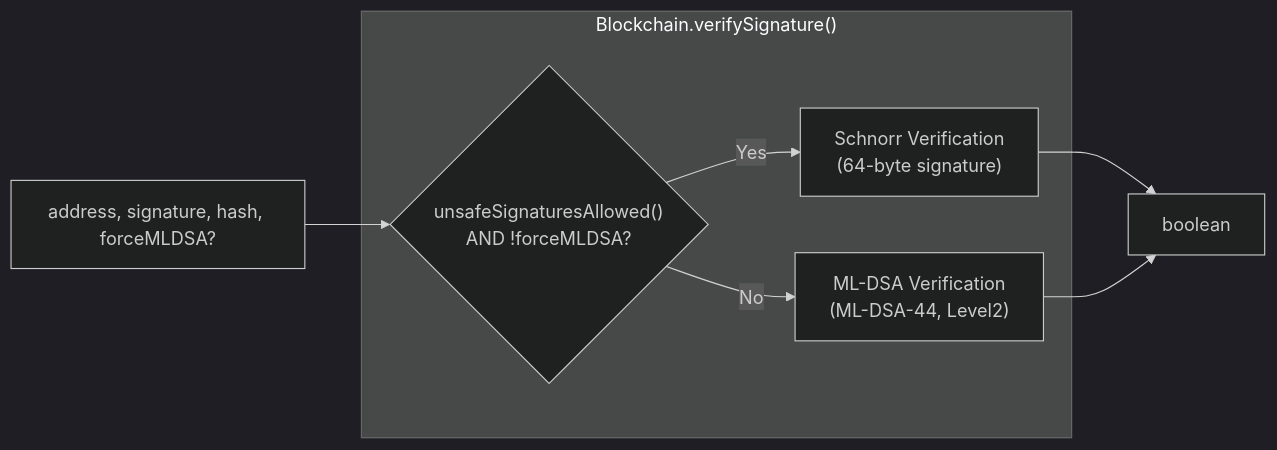
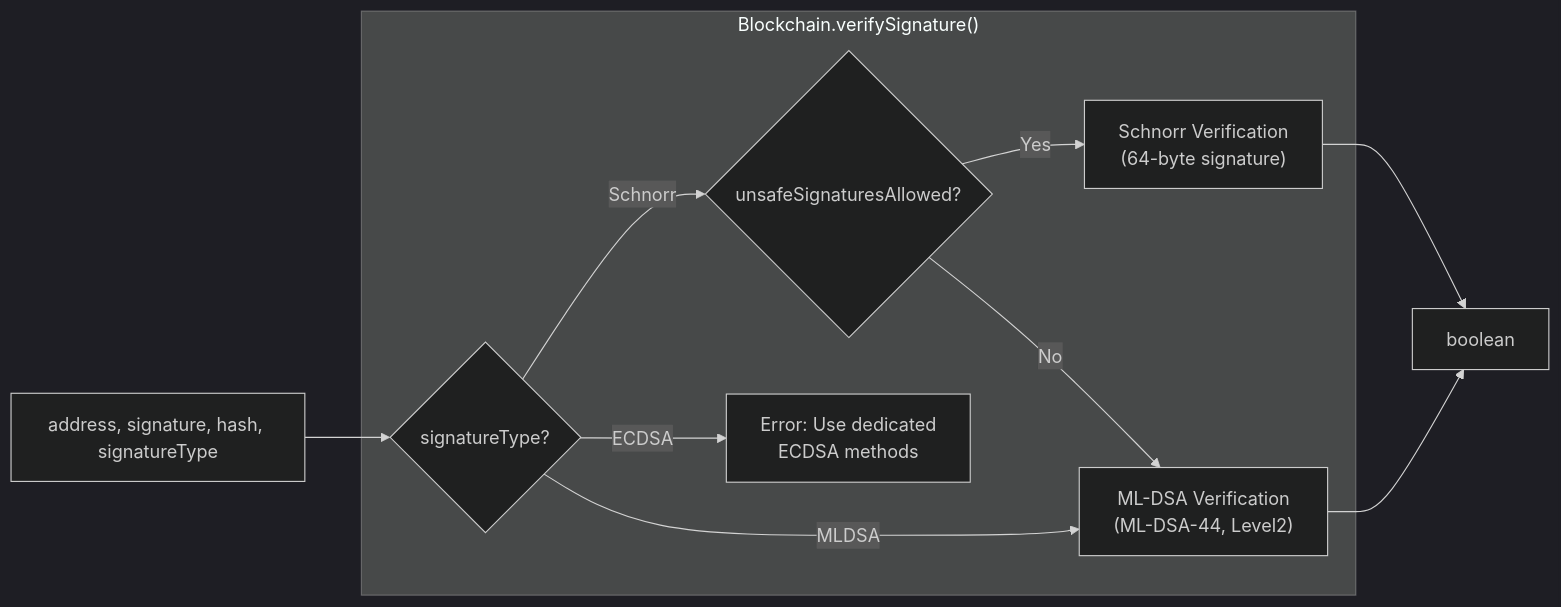
One commit to btc-vision/btc-runtime changed the sixth of 7 diagrams in docs/core-concepts/blockchain-environment.md. Above: the diagram before and after it, drawn with Mermaid. The commit also changed other lines of this file and 4 other files, not shown here.

First line of the commit message:
Introduce SignaturesMethods; add ECDSA & Keccak docs

````diff
--- a/docs/core-concepts/blockchain-environment.md
+++ b/docs/core-concepts/blockchain-environment.md
@@ -461,15 +463,18 @@
 ```mermaid
 ---
 config:
   theme: dark
 ---
 flowchart LR
     subgraph Verify["Blockchain.verifySignature()"]
-        Check{"unsafeSignaturesAllowed()<br/>AND !forceMLDSA?"}
-        Check -->|Yes| Schnorr["Schnorr Verification<br/>(64-byte signature)"]
-        Check -->|No| MLDSA["ML-DSA Verification<br/>(ML-DSA-44, Level2)"]
+        Check{"signatureType?"}
+        Check -->|Schnorr| SchnorrCheck{"unsafeSignaturesAllowed?"}
+        SchnorrCheck -->|Yes| Schnorr["Schnorr Verification<br/>(64-byte signature)"]
+        SchnorrCheck -->|No| MLDSA
+        Check -->|MLDSA| MLDSA["ML-DSA Verification<br/>(ML-DSA-44, Level2)"]
+        Check -->|ECDSA| ECDSAErr["Error: Use dedicated<br/>ECDSA methods"]
     end
-    Input["address, signature, hash, forceMLDSA?"] --> Check
+    Input["address, signature, hash, signatureType"] --> Check
     Schnorr --> Result["boolean"]
     MLDSA --> Result
 ```
````
